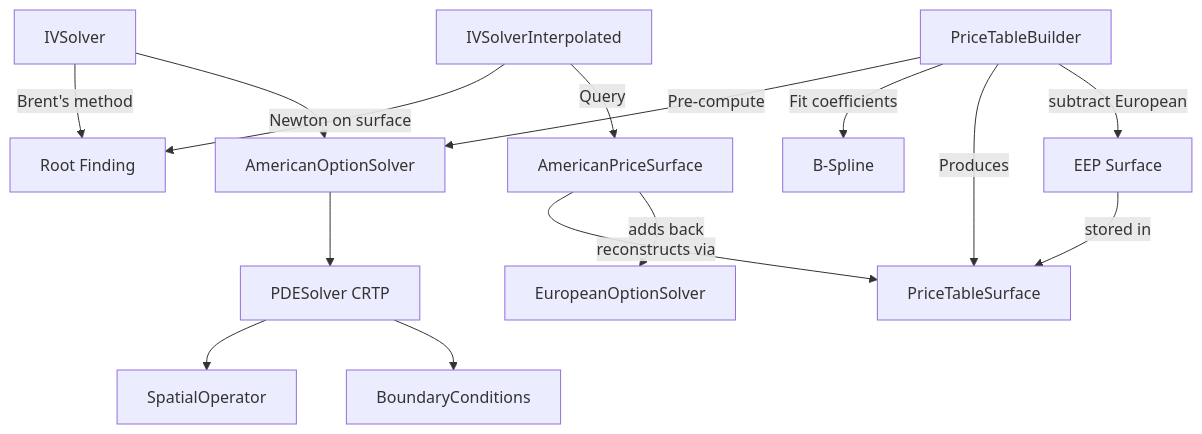
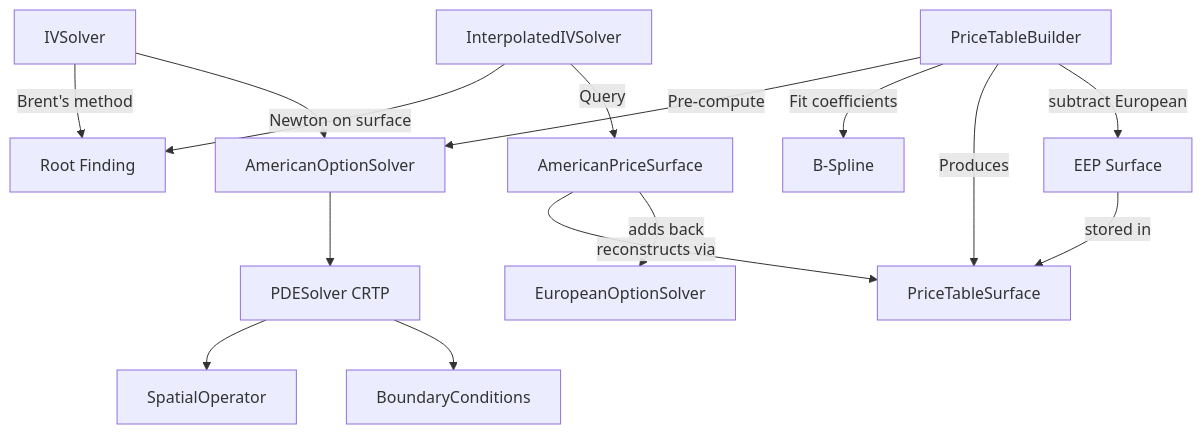
Before and after one commit to accelas/mango-option: the first of 4 diagrams in docs/ARCHITECTURE.md, drawn with Mermaid. The commit also changed other lines of this file and 33 other files, not shown here.

````diff
--- a/docs/ARCHITECTURE.md
+++ b/docs/ARCHITECTURE.md
@@ -26,17 +26,17 @@
 ```mermaid
 graph TD
     IV[IVSolver] -->|Brent's method| ROOT[Root Finding]
     IV --> AO[AmericanOptionSolver]
     AO --> PDE[PDESolver CRTP]
     PDE --> OPS[SpatialOperator]
     PDE --> BC[BoundaryConditions]
     PTABLE[PriceTableBuilder] -->|Pre-compute| AO
     PTABLE -->|Fit coefficients| SPLINE[B-Spline]
     PTABLE -->|Produces| SURFACE[PriceTableSurface]
     PTABLE -->|subtract European| EEP[EEP Surface]
     EEP -->|stored in| SURFACE
     APS[AmericanPriceSurface] -->|reconstructs via| SURFACE
     APS -->|adds back| EU[EuropeanOptionSolver]
-    IVFAST[IVSolverInterpolated] -->|Newton on surface| ROOT
+    IVFAST[InterpolatedIVSolver] -->|Newton on surface| ROOT
     IVFAST -->|Query| APS
 ```
````
